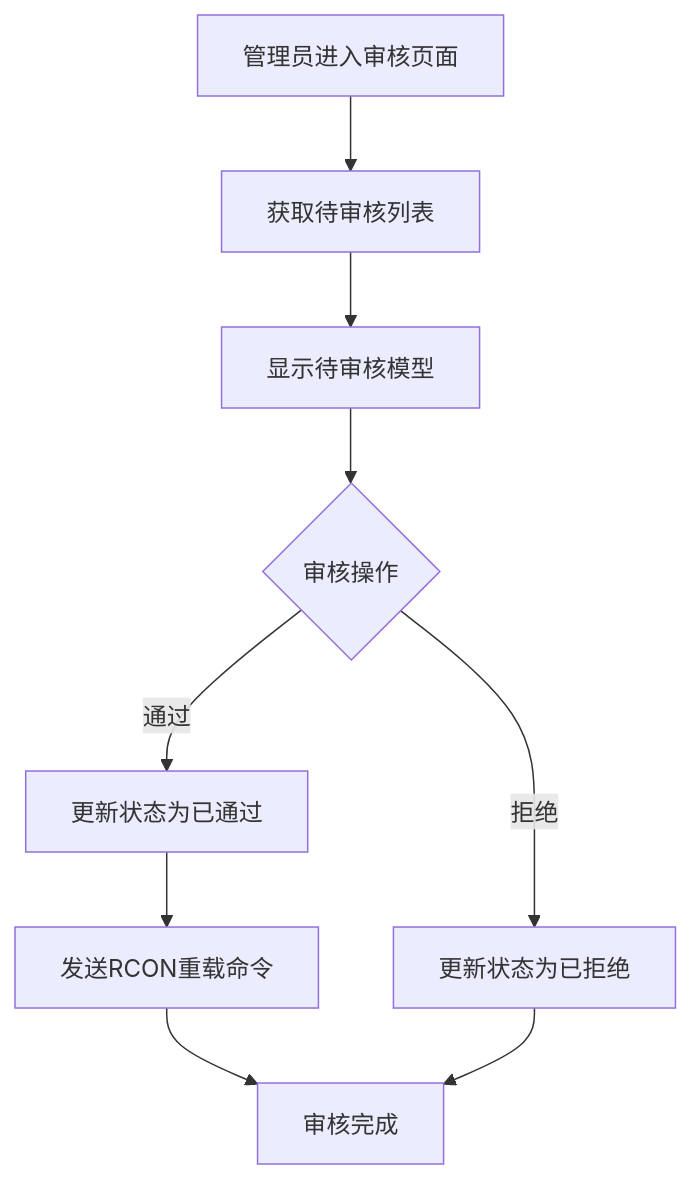
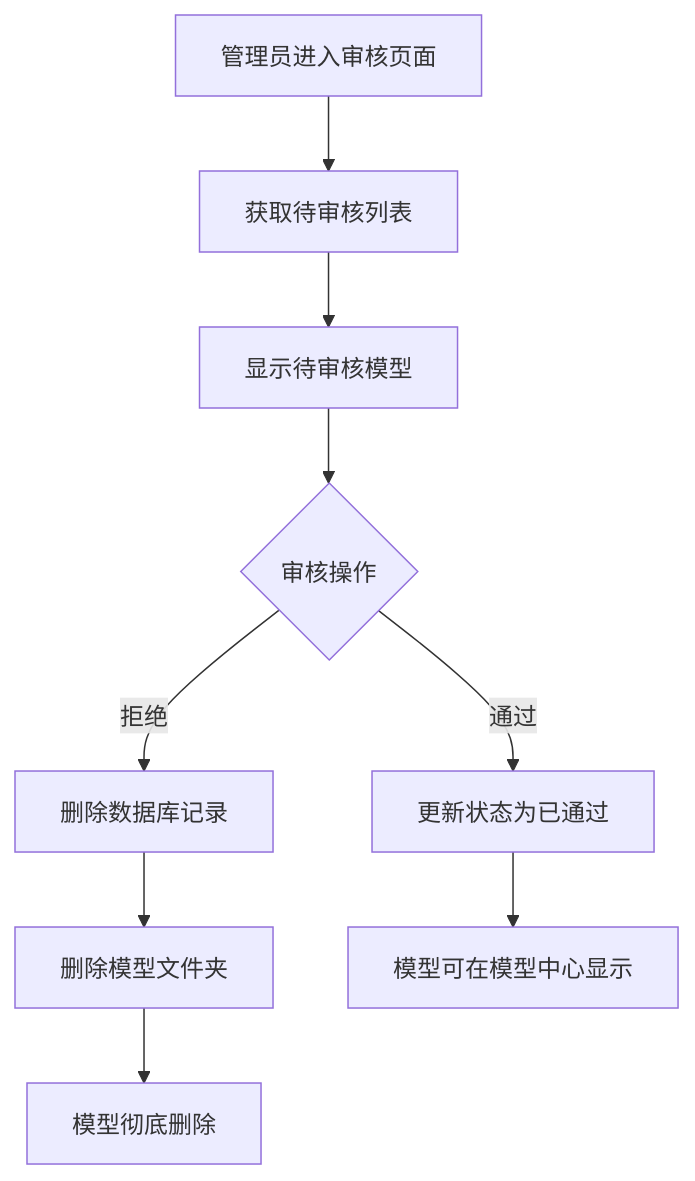
The third of 6 diagrams in README.md (LingMowen/YSM-Hub), drawn with Mermaid before and after one commit.

Commit message:
优化审核流程图

````diff
--- a/README.md
+++ b/README.md
@@ -143,11 +143,11 @@
 ```mermaid
 flowchart TD
     A[管理员进入审核页面] --> B[获取待审核列表]
     B --> C[显示待审核模型]
     C --> D{审核操作}
     D -->|通过| E[更新状态为已通过]
-    D -->|拒绝| F[更新状态为已拒绝]
-    E --> G[发送RCON重载命令]
-    G --> H[审核完成]
-    F --> H
+    D -->|拒绝| F[删除数据库记录]
+    F --> G[删除模型文件夹]
+    E --> H[模型可在模型中心显示]
+    G --> I[模型彻底删除]
 ```
````
